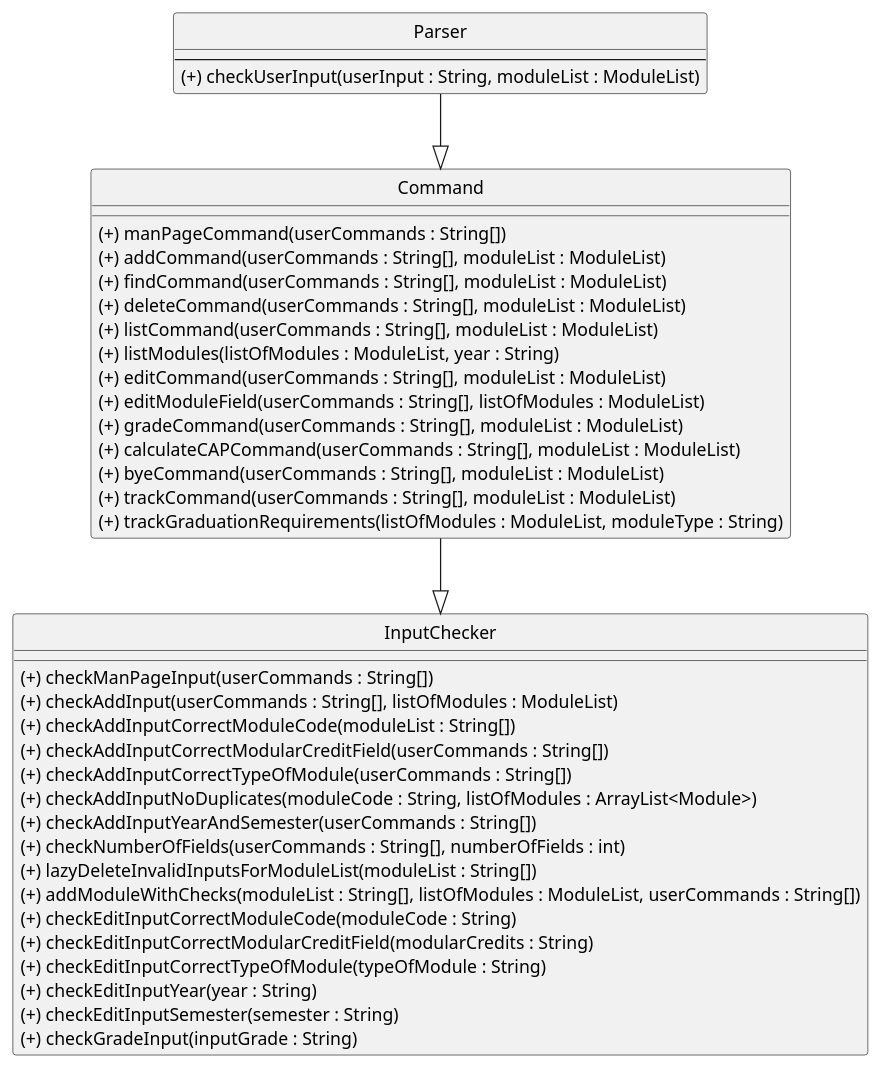
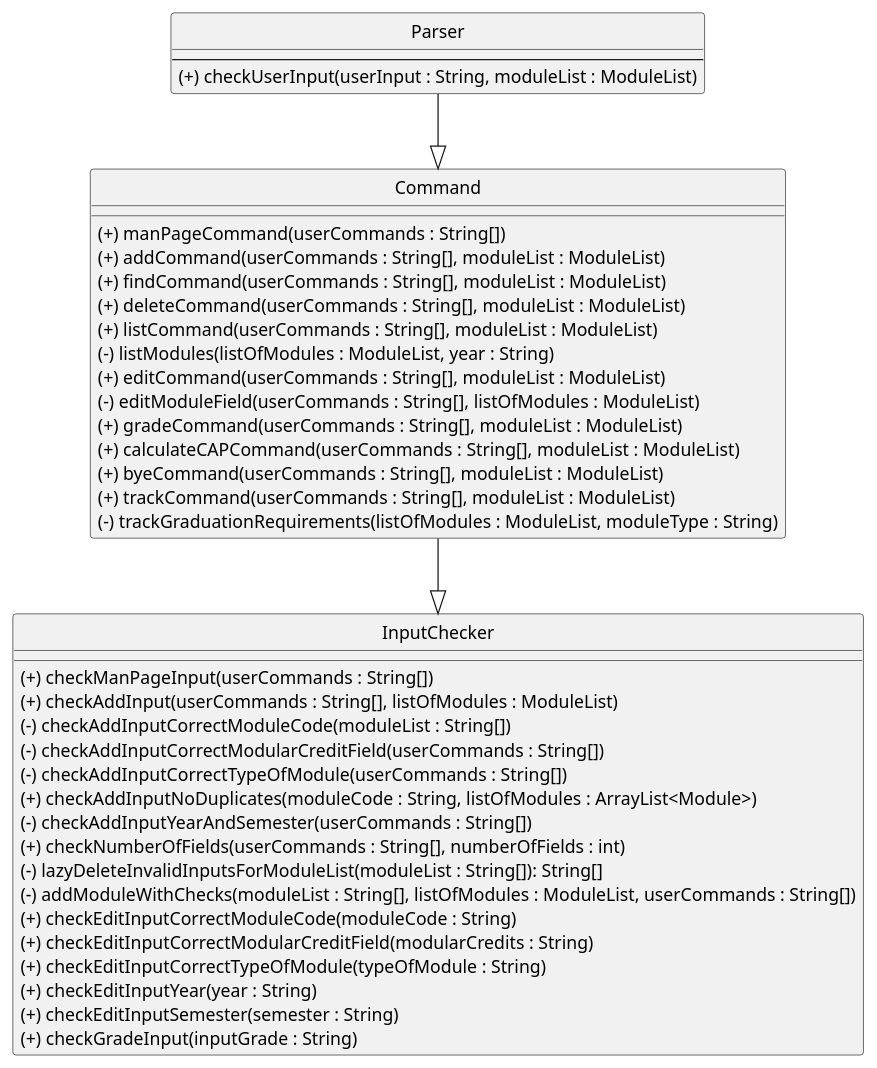
The diagram in docs/diagrams/ParserClass.puml (saintzaw/tp), drawn with PlantUML before and after one commit. The commit also changed 1 other file, not shown here.

Commit message:
Saint Updated Parser Class Diagram in DG

```diff
--- a/docs/diagrams/ParserClass.puml
+++ b/docs/diagrams/ParserClass.puml
@@ -1,54 +1,54 @@
 @startuml
 'https://plantuml.com/class-diagram
 hide circle
 
 interface Parser
 
 
 class Parser {
 --
 (+) checkUserInput(userInput : String, moduleList : ModuleList)
 }
 
 Parser --|> Command
 
 class Command {
 __
 (+) manPageCommand(userCommands : String[])
 (+) addCommand(userCommands : String[], moduleList : ModuleList)
 (+) findCommand(userCommands : String[], moduleList : ModuleList)
 (+) deleteCommand(userCommands : String[], moduleList : ModuleList)
 (+) listCommand(userCommands : String[], moduleList : ModuleList)
-(+) listModules(listOfModules : ModuleList, year : String)
+(-) listModules(listOfModules : ModuleList, year : String)
 (+) editCommand(userCommands : String[], moduleList : ModuleList)
-(+) editModuleField(userCommands : String[], listOfModules : ModuleList)
+(-) editModuleField(userCommands : String[], listOfModules : ModuleList)
 (+) gradeCommand(userCommands : String[], moduleList : ModuleList)
 (+) calculateCAPCommand(userCommands : String[], moduleList : ModuleList)
 (+) byeCommand(userCommands : String[], moduleList : ModuleList)
 (+) trackCommand(userCommands : String[], moduleList : ModuleList)
-(+) trackGraduationRequirements(listOfModules : ModuleList, moduleType : String)
+(-) trackGraduationRequirements(listOfModules : ModuleList, moduleType : String)
 }
 
 Command --|> InputChecker
 
 class InputChecker {
 __
 (+) checkManPageInput(userCommands : String[])
 (+) checkAddInput(userCommands : String[], listOfModules : ModuleList)
-(+) checkAddInputCorrectModuleCode(moduleList : String[])
-(+) checkAddInputCorrectModularCreditField(userCommands : String[])
-(+) checkAddInputCorrectTypeOfModule(userCommands : String[])
+(-) checkAddInputCorrectModuleCode(moduleList : String[])
+(-) checkAddInputCorrectModularCreditField(userCommands : String[])
+(-) checkAddInputCorrectTypeOfModule(userCommands : String[])
 (+) checkAddInputNoDuplicates(moduleCode : String, listOfModules : ArrayList<Module>)
-(+) checkAddInputYearAndSemester(userCommands : String[])
+(-) checkAddInputYearAndSemester(userCommands : String[])
 (+) checkNumberOfFields(userCommands : String[], numberOfFields : int)
-(+) lazyDeleteInvalidInputsForModuleList(moduleList : String[])
-(+) addModuleWithChecks(moduleList : String[], listOfModules : ModuleList, userCommands : String[])
+(-) lazyDeleteInvalidInputsForModuleList(moduleList : String[]): String[]
+(-) addModuleWithChecks(moduleList : String[], listOfModules : ModuleList, userCommands : String[])
 (+) checkEditInputCorrectModuleCode(moduleCode : String)
 (+) checkEditInputCorrectModularCreditField(modularCredits : String)
 (+) checkEditInputCorrectTypeOfModule(typeOfModule : String)
 (+) checkEditInputYear(year : String)
 (+) checkEditInputSemester(semester : String)
 (+) checkGradeInput(inputGrade : String)
 }
 
 @enduml
```
